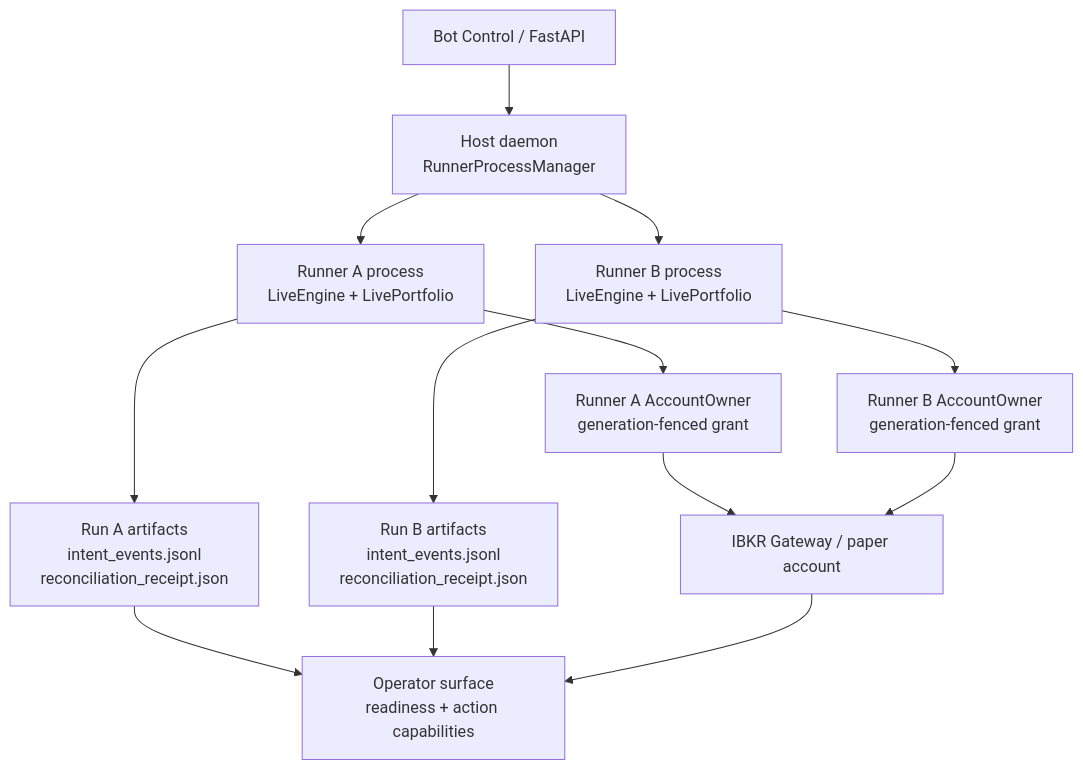
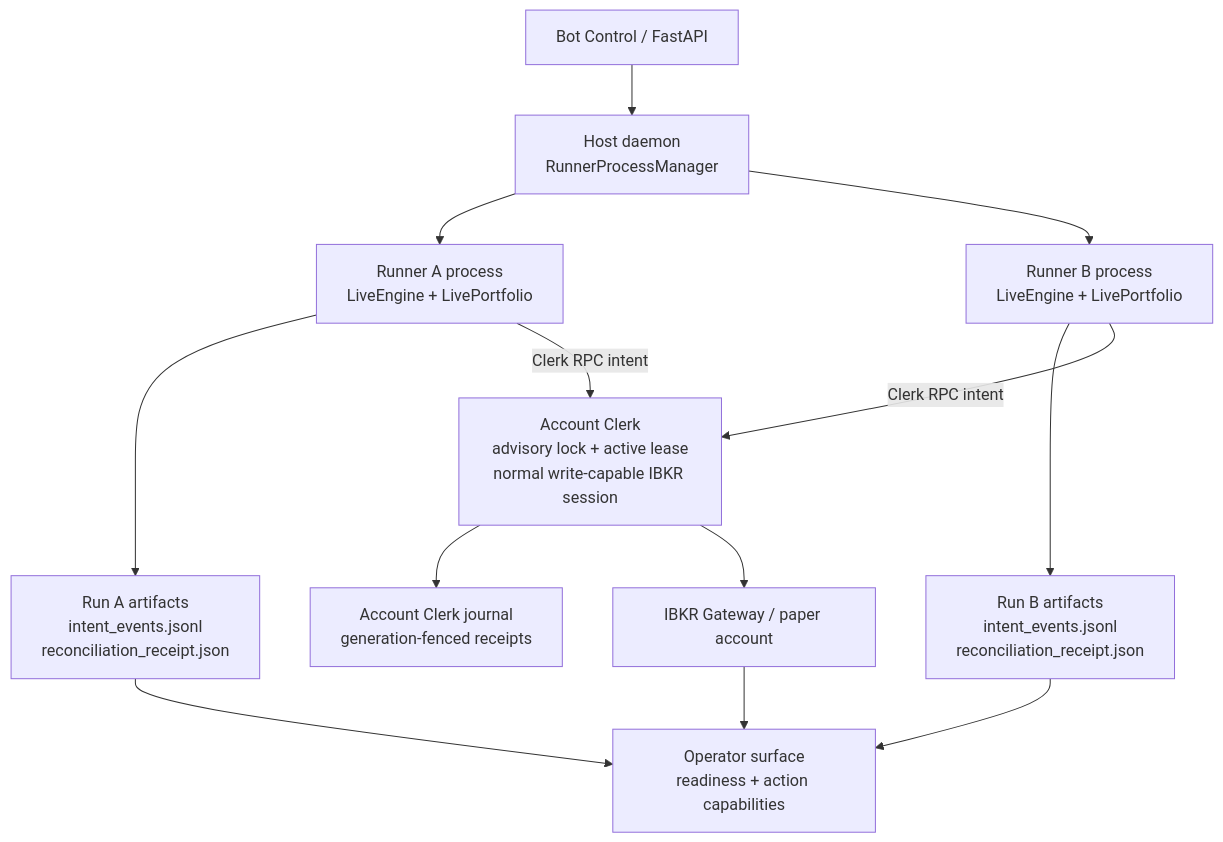
The diagram in docs/bot-lifecycle-account-owner-authority.md (tim1016/learn-ai), drawn with Mermaid before and after one commit. The commit also changed other lines of this file and 29 other files, not shown here.

````diff
--- a/docs/bot-lifecycle-account-owner-authority.md
+++ b/docs/bot-lifecycle-account-owner-authority.md
@@ -40,26 +39,26 @@
 ```mermaid
 flowchart TD
     ui["Bot Control / FastAPI"]
     daemon["Host daemon<br/>RunnerProcessManager"]
     r1["Runner A process<br/>LiveEngine + LivePortfolio"]
     r2["Runner B process<br/>LiveEngine + LivePortfolio"]
-    ao1["Runner A AccountOwner<br/>generation-fenced grant"]
-    ao2["Runner B AccountOwner<br/>generation-fenced grant"]
+    clerk["Account Clerk<br/>advisory lock + active lease<br/>normal write-capable IBKR session"]
+    journal["Account Clerk journal<br/>generation-fenced receipts"]
     wal1["Run A artifacts<br/>intent_events.jsonl<br/>reconciliation_receipt.json"]
     wal2["Run B artifacts<br/>intent_events.jsonl<br/>reconciliation_receipt.json"]
     broker["IBKR Gateway / paper account"]
     surface["Operator surface<br/>readiness + action capabilities"]
 
     ui --> daemon
     daemon --> r1
     daemon --> r2
     r1 --> wal1
     r2 --> wal2
-    r1 --> ao1
-    r2 --> ao2
-    ao1 --> broker
-    ao2 --> broker
+    r1 -->|Clerk RPC intent| clerk
+    r2 -->|Clerk RPC intent| clerk
+    clerk --> journal
+    clerk --> broker
     wal1 --> surface
     wal2 --> surface
     broker --> surface
 ```
````
